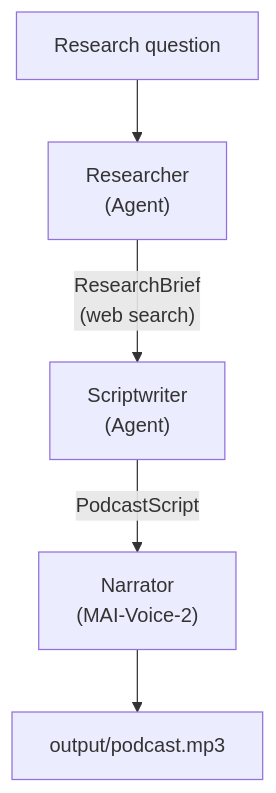
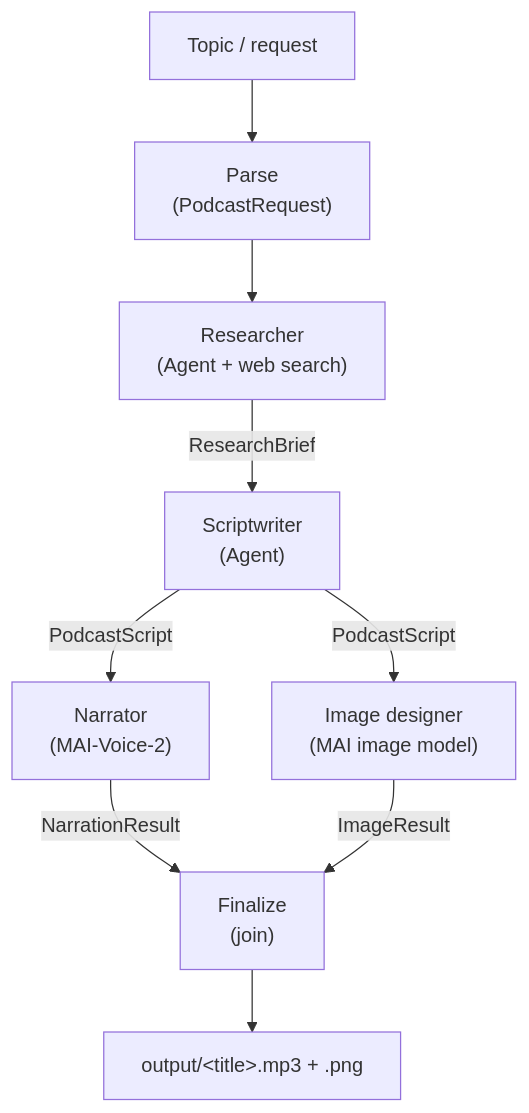
The diagram in README.md (jetzlstorfer/podcaster), drawn with Mermaid before and after one commit. The commit also changed other lines of this file and 3 other files, not shown here.

````diff
--- a/README.md
+++ b/README.md
@@ -5,7 +5,11 @@
 ```mermaid
 flowchart TD
-    Q[Research question] --> R["Researcher<br/>(Agent)"]
-    R -- "ResearchBrief<br/>(web search)" --> S["Scriptwriter<br/>(Agent)"]
+    Q[Topic / request] --> P["Parse<br/>(PodcastRequest)"]
+    P --> R["Researcher<br/>(Agent + web search)"]
+    R -- "ResearchBrief" --> S["Scriptwriter<br/>(Agent)"]
     S -- "PodcastScript" --> N["Narrator<br/>(MAI-Voice-2)"]
-    N --> MP3[output/podcast.mp3]
+    S -- "PodcastScript" --> I["Image designer<br/>(MAI image model)"]
+    N -- "NarrationResult" --> F["Finalize<br/>(join)"]
+    I -- "ImageResult" --> F
+    F --> OUT[output/&lt;title&gt;.mp3 + .png]
 ```
````
